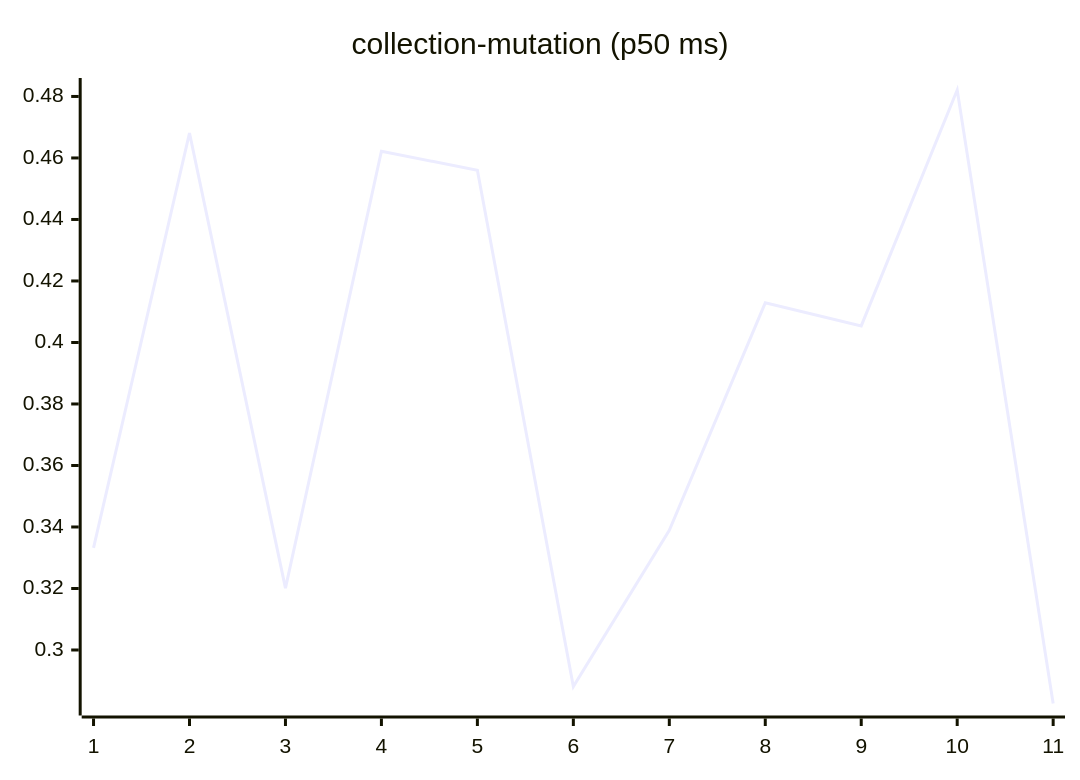
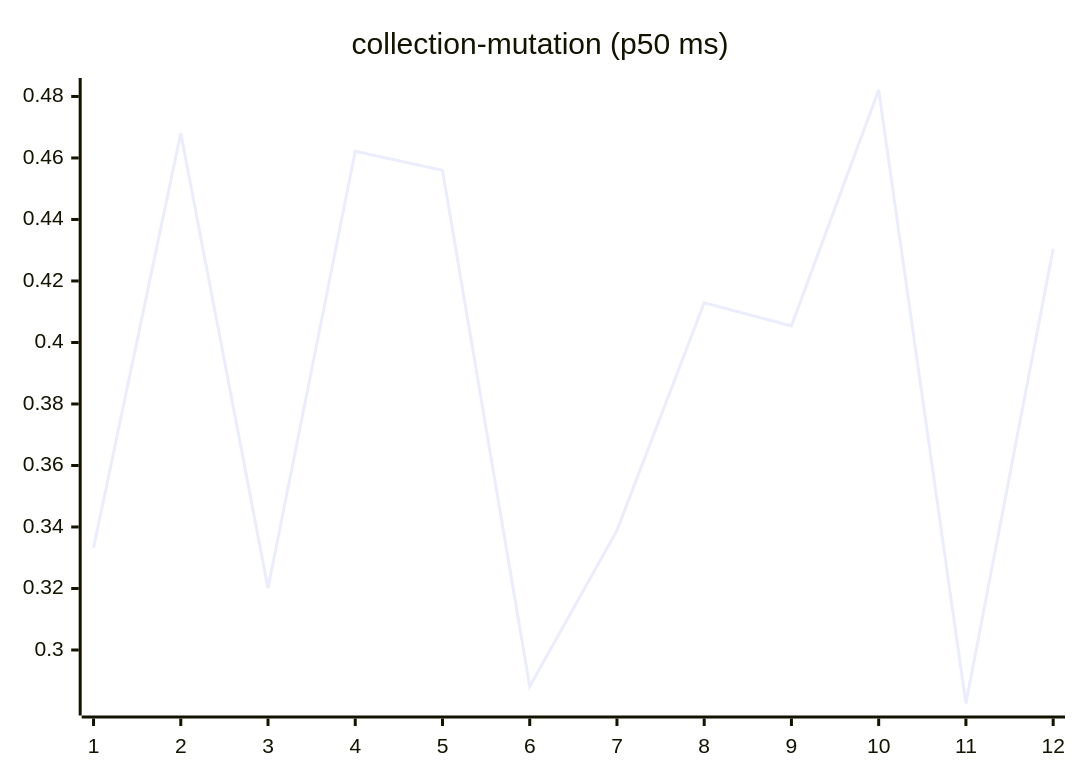
The sixth of 27 diagrams in README.md (josha/Facet), drawn with Mermaid before and after one commit. The commit also changed other lines of this file and 2 other files, not shown here.

````diff
--- a/README.md
+++ b/README.md
@@ -98,6 +98,6 @@
 ```mermaid
 xychart-beta
     title "collection-mutation (p50 ms)"
-    x-axis 1 --> 11
-    line [0.3332, 0.4681, 0.3201, 0.4622, 0.4560, 0.2881, 0.3389, 0.4129, 0.4054, 0.4821, 0.2826]
+    x-axis 1 --> 12
+    line [0.3332, 0.4681, 0.3201, 0.4622, 0.4560, 0.2881, 0.3389, 0.4129, 0.4054, 0.4821, 0.2826, 0.4305]
 ```
````
